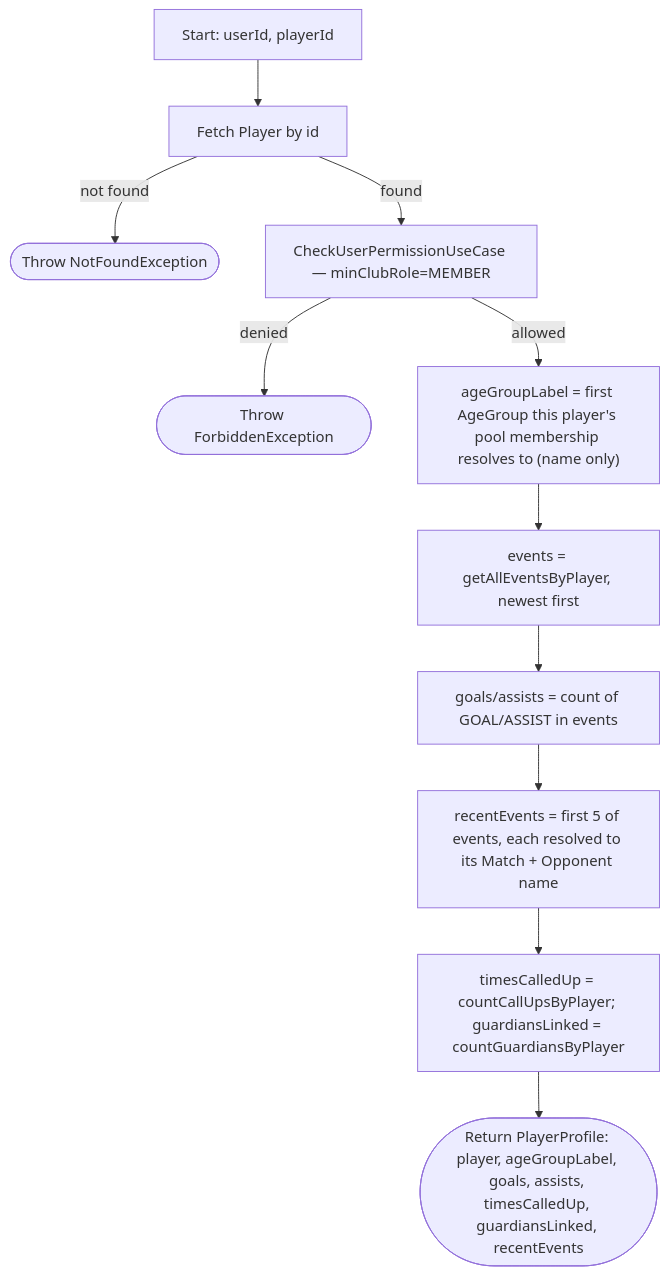
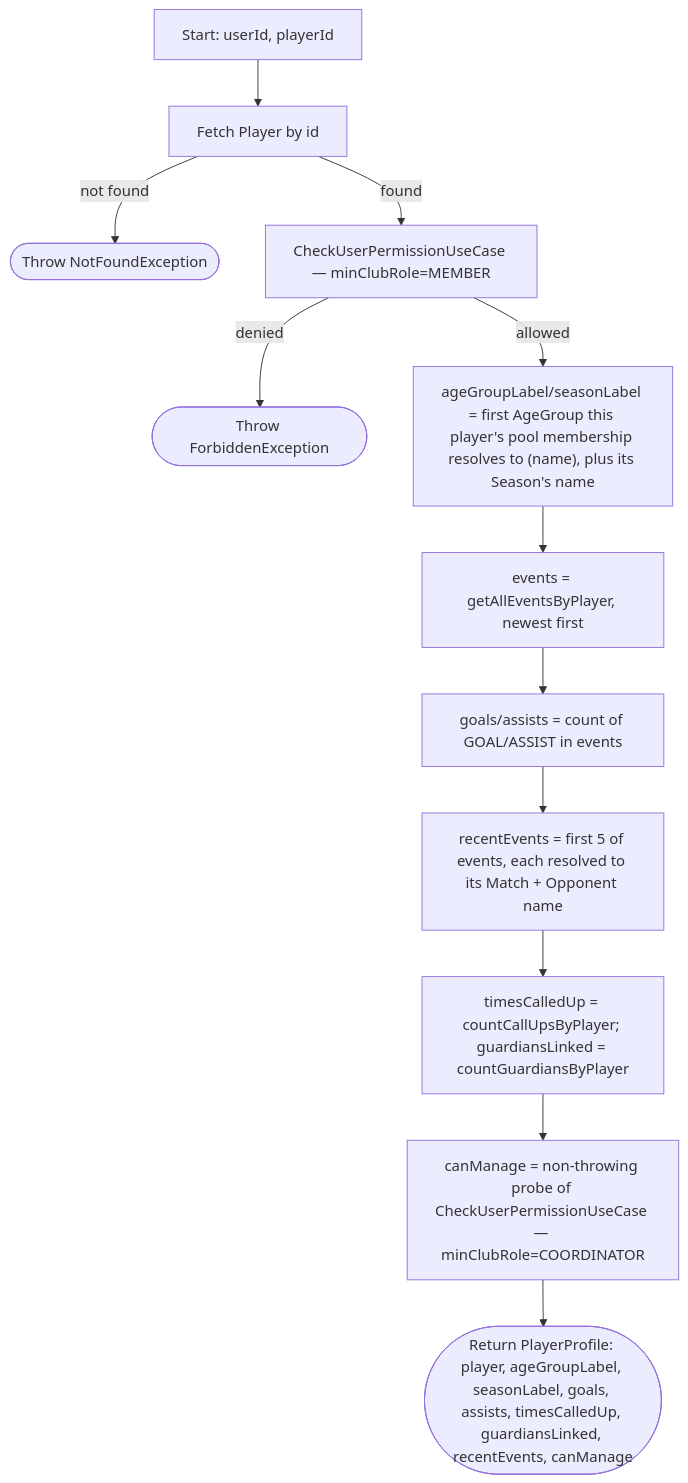
One commit to ricardofrango/squadify changed diagram 25 of 45 in PROCESS_FLOWS.md. Above: the diagram before and after it, drawn with Mermaid. The commit also changed other lines of this file and 17 other files, not shown here.

````diff
--- a/PROCESS_FLOWS.md
+++ b/PROCESS_FLOWS.md
@@ -497,13 +497,14 @@
 ```mermaid
 graph TD
     A[Start: userId, playerId] --> B[Fetch Player by id]
     B -- not found --> N(["Throw NotFoundException"])
     B -- found --> C[CheckUserPermissionUseCase — minClubRole=MEMBER]
     C -- denied --> F(["Throw ForbiddenException"])
-    C -- allowed --> D["ageGroupLabel = first AgeGroup this player's pool membership resolves to (name only)"]
+    C -- allowed --> D["ageGroupLabel/seasonLabel = first AgeGroup this player's pool membership resolves to (name), plus its Season's name"]
     D --> E["events = getAllEventsByPlayer, newest first"]
     E --> G["goals/assists = count of GOAL/ASSIST in events"]
     G --> H["recentEvents = first 5 of events, each resolved to its Match + Opponent name"]
     H --> I["timesCalledUp = countCallUpsByPlayer; guardiansLinked = countGuardiansByPlayer"]
-    I --> Z(["Return PlayerProfile: player, ageGroupLabel, goals, assists, timesCalledUp, guardiansLinked, recentEvents"])
+    I --> J["canManage = non-throwing probe of CheckUserPermissionUseCase — minClubRole=COORDINATOR"]
+    J --> Z(["Return PlayerProfile: player, ageGroupLabel, seasonLabel, goals, assists, timesCalledUp, guardiansLinked, recentEvents, canManage"])
 ```
````
